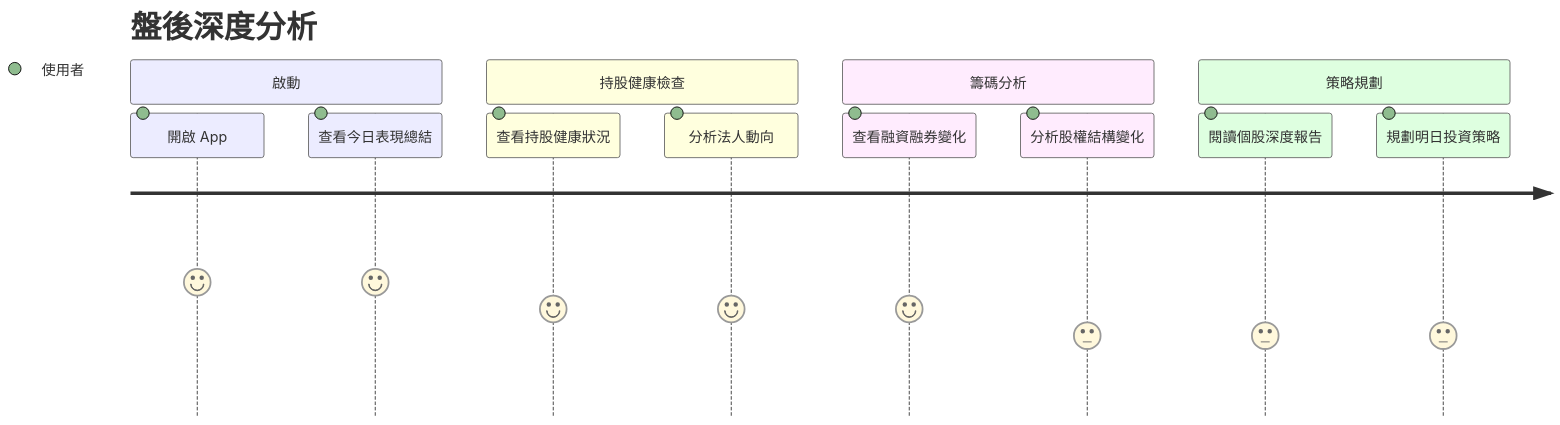
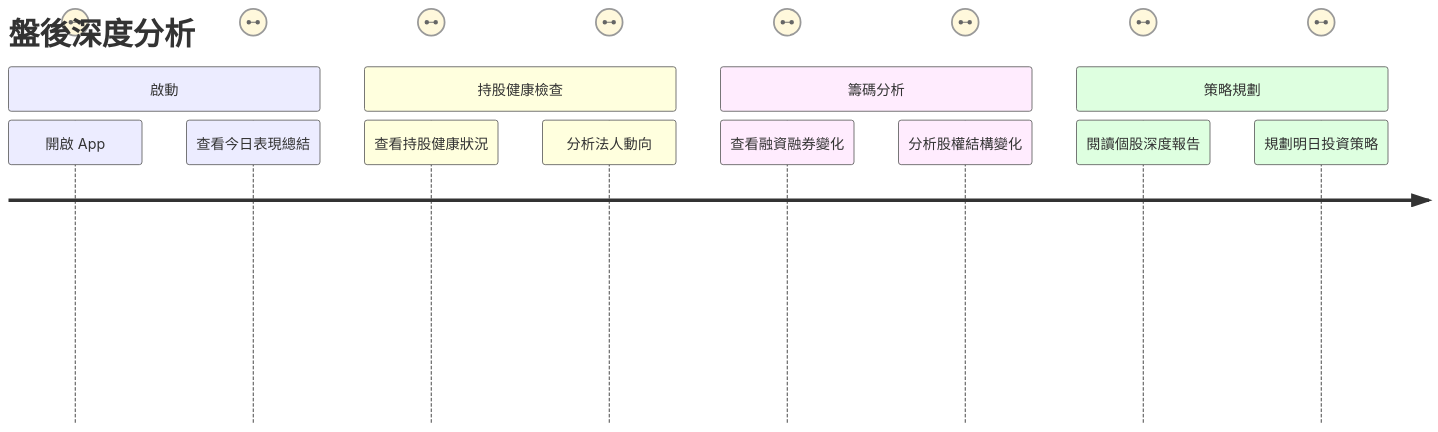
The first of 3 diagrams in user_journey_map/yong-hulcheng-san.md (hihihowru/ai-chatbot-proxy), drawn with Mermaid before and after one commit. The commit also changed other lines of this file and 2 other files, not shown here.

Commit message:
GITBOOK-14: No subject

````diff
--- a/user_journey_map/yong-hulcheng-san.md
+++ b/user_journey_map/yong-hulcheng-san.md
@@ -15,16 +15,16 @@
 ```mermaid
 journey
     title 盤後深度分析
     section 啟動 
-      開啟 App: 5: 使用者
-      查看今日表現總結: 5: 使用者
+      開啟 App: 使用者
+      查看今日表現總結: 使用者
     section 持股健康檢查 
-      查看持股健康狀況: 4: 使用者
-      分析法人動向: 4: 使用者
+      查看持股健康狀況: 使用者
+      分析法人動向: 使用者
     section 籌碼分析 
-      查看融資融券變化: 4: 使用者
-      分析股權結構變化: 3: 使用者
+      查看融資融券變化: 使用者
+      分析股權結構變化: 使用者
     section 策略規劃 
-      閱讀個股深度報告: 3: 使用者
-      規劃明日投資策略: 3: 使用者
+      閱讀個股深度報告: 使用者
+      規劃明日投資策略: 使用者
 ```
````
